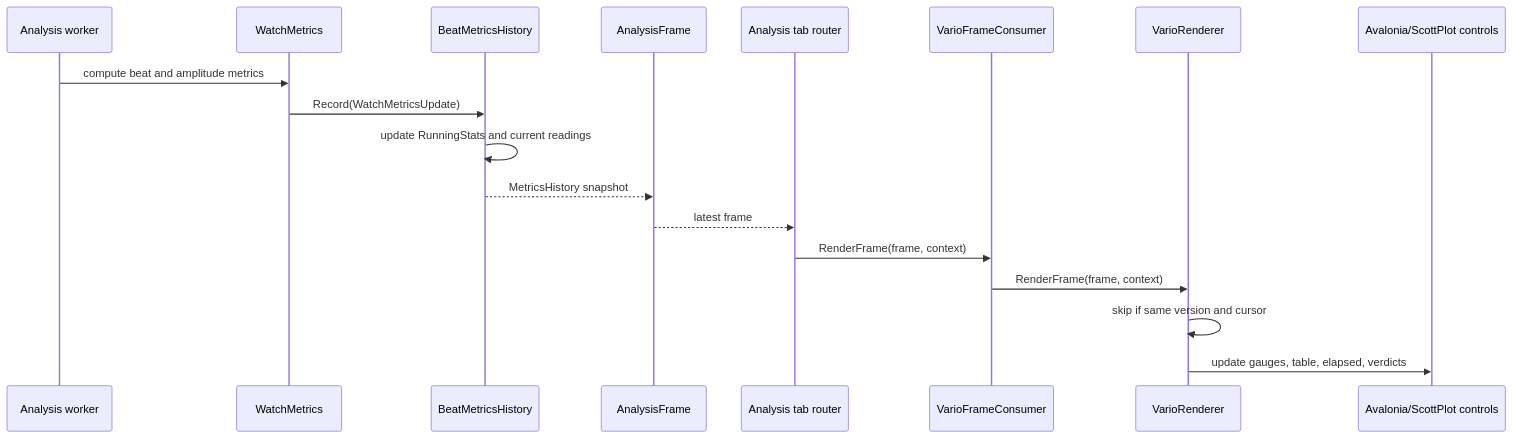
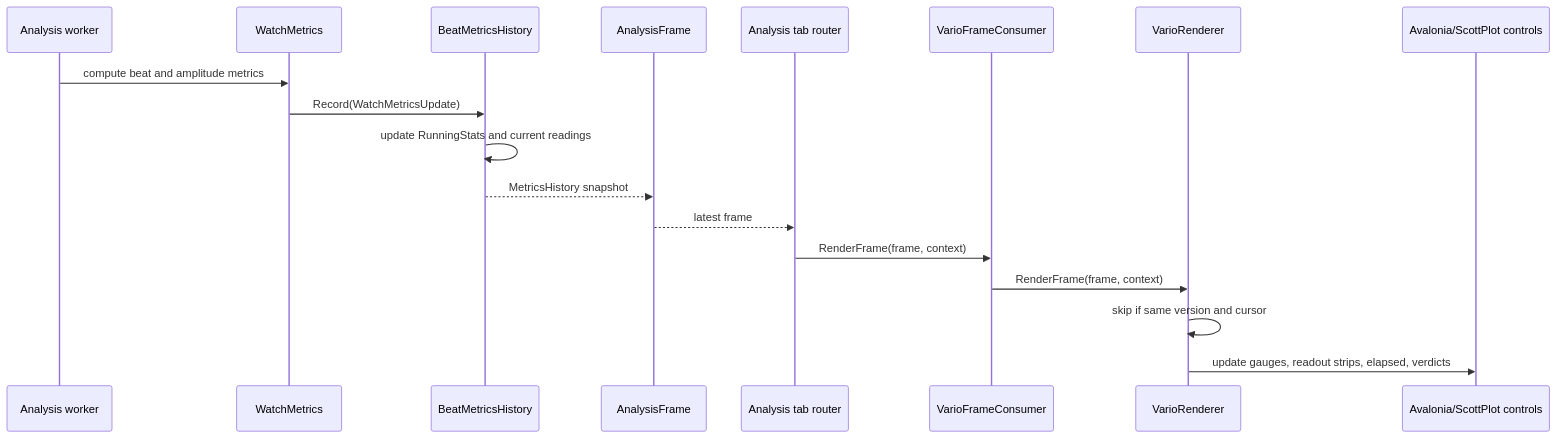
Before and after one commit to lgcmu2026-team5/TimeGrapher-Net: the second of 2 diagrams in docs/VARIO_CNC_VIEW.md, drawn with Mermaid. The commit also changed other lines of this file and 5 other files, not shown here.

````diff
--- a/docs/VARIO_CNC_VIEW.md
+++ b/docs/VARIO_CNC_VIEW.md
@@ -63,21 +63,21 @@
 ```mermaid
 sequenceDiagram
     participant Worker as Analysis worker
     participant Metrics as WatchMetrics
     participant History as BeatMetricsHistory
     participant Frame as AnalysisFrame
     participant Router as Analysis tab router
     participant Consumer as VarioFrameConsumer
     participant Renderer as VarioRenderer
     participant UI as Avalonia/ScottPlot controls
 
     Worker->>Metrics: compute beat and amplitude metrics
     Metrics->>History: Record(WatchMetricsUpdate)
     History->>History: update RunningStats and current readings
     History-->>Frame: MetricsHistory snapshot
     Frame-->>Router: latest frame
     Router->>Consumer: RenderFrame(frame, context)
     Consumer->>Renderer: RenderFrame(frame, context)
     Renderer->>Renderer: skip if same version and cursor
-    Renderer->>UI: update gauges, table, elapsed, verdicts
+    Renderer->>UI: update gauges, readout strips, elapsed, verdicts
 ```
````
